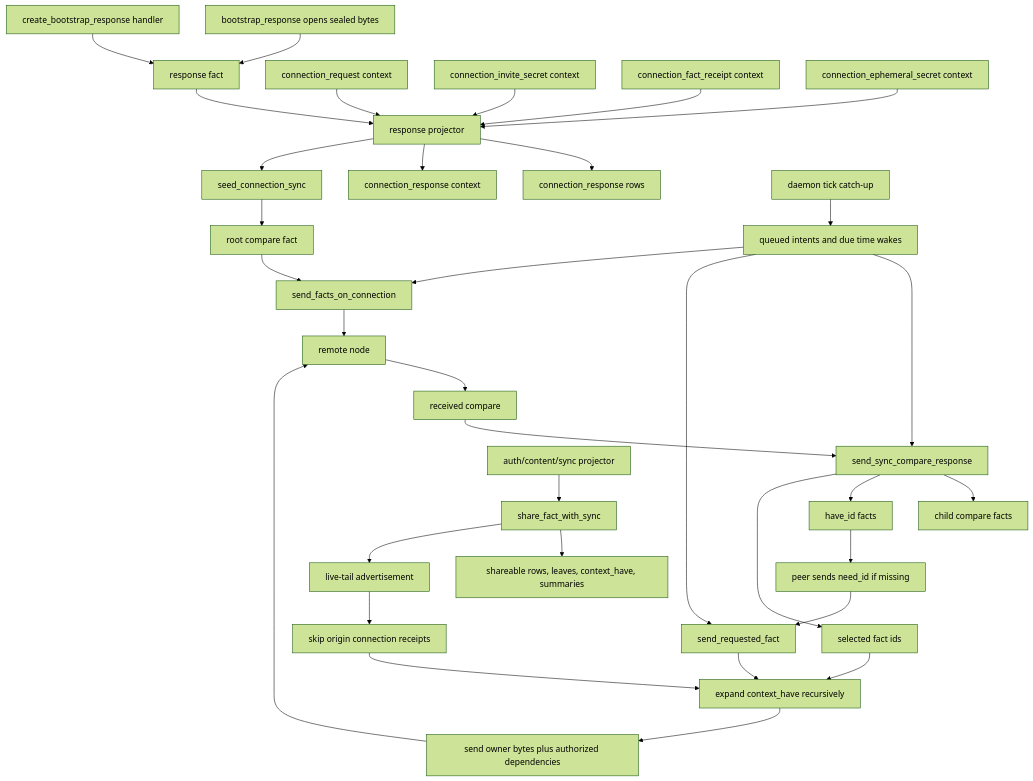
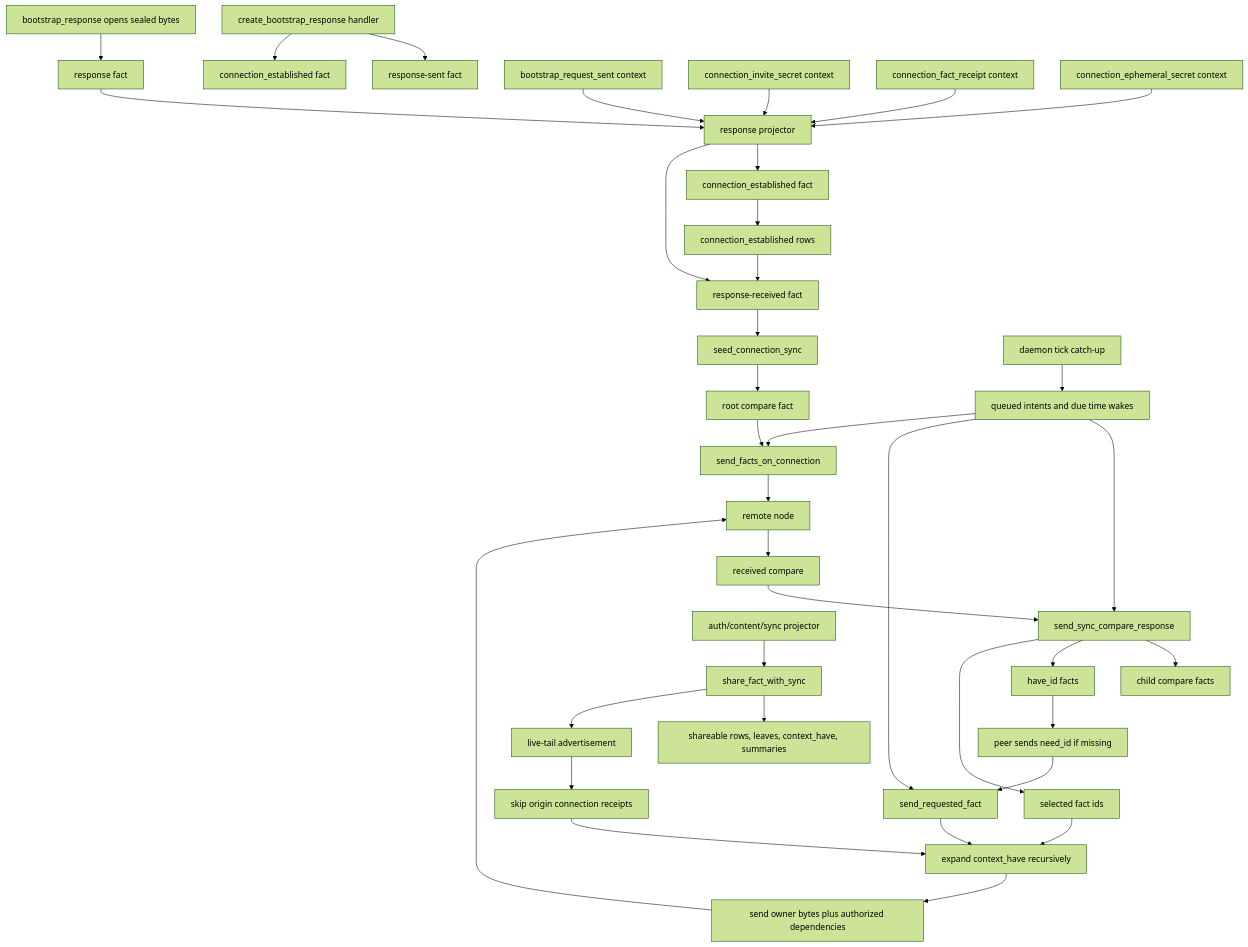
One commit to holmesworcester/poc-10 changed the fifth of 6 diagrams in ARCHITECTURE_DIAGRAMS.md. Above: the diagram before and after it, drawn with Mermaid (forest theme). The commit also changed other lines of this file and 61 other files, not shown here.

Commit message:
Normalize bootstrap connection lifecycle

````diff
--- a/ARCHITECTURE_DIAGRAMS.md
+++ b/ARCHITECTURE_DIAGRAMS.md
@@ -207,41 +214,44 @@
 ```mermaid
 %%{init: {"flowchart": {"wrappingWidth": 340}} }%%
 flowchart TD
     BOOT_RESP["bootstrap_response opens sealed bytes"] --> RESP_FACT["response fact"]
-    RESPONDER["create_bootstrap_response handler"] --> RESP_FACT
-    REQUEST_CTX["connection_request context"] --> RESP_PROJECTOR["response projector"]
+    RESPONDER["create_bootstrap_response handler"] --> RESP_SENT["response-sent fact"]
+    RESPONDER --> ESTABLISHED_AUTHOR["connection_established fact"]
+    REQUEST_CTX["bootstrap_request_sent context"] --> RESP_PROJECTOR["response projector"]
     INVITE_CTX["connection_invite_secret context"] --> RESP_PROJECTOR
     RECEIPT_CTX["connection_fact_receipt context"] --> RESP_PROJECTOR
     EPHEMERAL_CTX["connection_ephemeral_secret context"] --> RESP_PROJECTOR
     RESP_FACT --> RESP_PROJECTOR
-    RESP_PROJECTOR --> RESPONSE_ROWS["connection_response rows"]
-    RESP_PROJECTOR --> RESPONSE_CTX["connection_response context"]
-    RESP_PROJECTOR --> SEED["seed_connection_sync"]
+    RESP_PROJECTOR --> ESTABLISHED_FACT["connection_established fact"]
+    RESP_PROJECTOR --> RESP_RECEIVED["response-received fact"]
+    ESTABLISHED_FACT --> ESTABLISHED_ROWS["connection_established rows"]
+    ESTABLISHED_ROWS --> RESP_RECEIVED
+    RESP_RECEIVED --> SEED["seed_connection_sync"]
     SEED --> ROOT_COMPARE["root compare fact"]
     ROOT_COMPARE --> SEND_COMPARE["send_facts_on_connection"]
     SEND_COMPARE --> PEER["remote node"]
 
     PEER --> PEER_COMPARE["received compare"]
     PEER_COMPARE --> COMPARE_HANDLER["send_sync_compare_response"]
     COMPARE_HANDLER --> CHILD_COMPARE["child compare facts"]
     COMPARE_HANDLER --> HAVE["have_id facts"]
     COMPARE_HANDLER --> SELECT["selected fact ids"]
     SELECT --> EXPAND["expand context_have recursively"]
     EXPAND --> SEND_BYTES["send owner bytes plus authorized dependencies"]
     SEND_BYTES --> PEER
 
     HAVE --> PEER_NEED["peer sends need_id if missing"]
     PEER_NEED --> SEND_REQUESTED["send_requested_fact"]
     SEND_REQUESTED --> EXPAND
 
     OWNER_PROJECTOR["auth/content/sync projector"] --> SHARE["share_fact_with_sync"]
     SHARE --> INDEX["shareable rows, leaves, context_have, summaries"]
     SHARE --> LIVE["live-tail advertisement"]
     LIVE --> ORIGIN_FILTER["skip origin connection receipts"]
     ORIGIN_FILTER --> EXPAND
 
     TICK["daemon tick catch-up"] --> QUEUED["queued intents and due time wakes"]
     QUEUED --> COMPARE_HANDLER
     QUEUED --> SEND_REQUESTED
     QUEUED --> SEND_COMPARE
 ```
````
